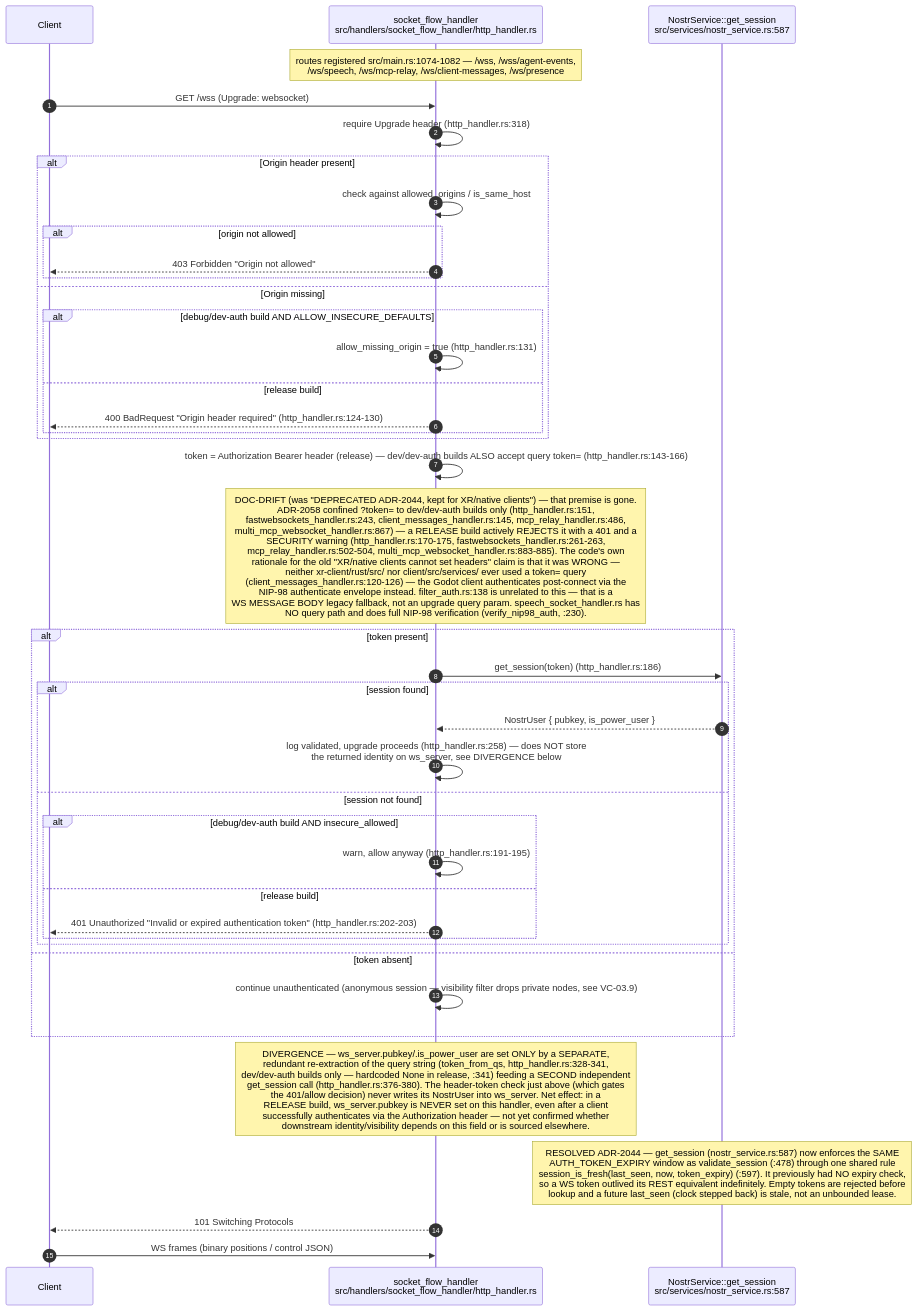
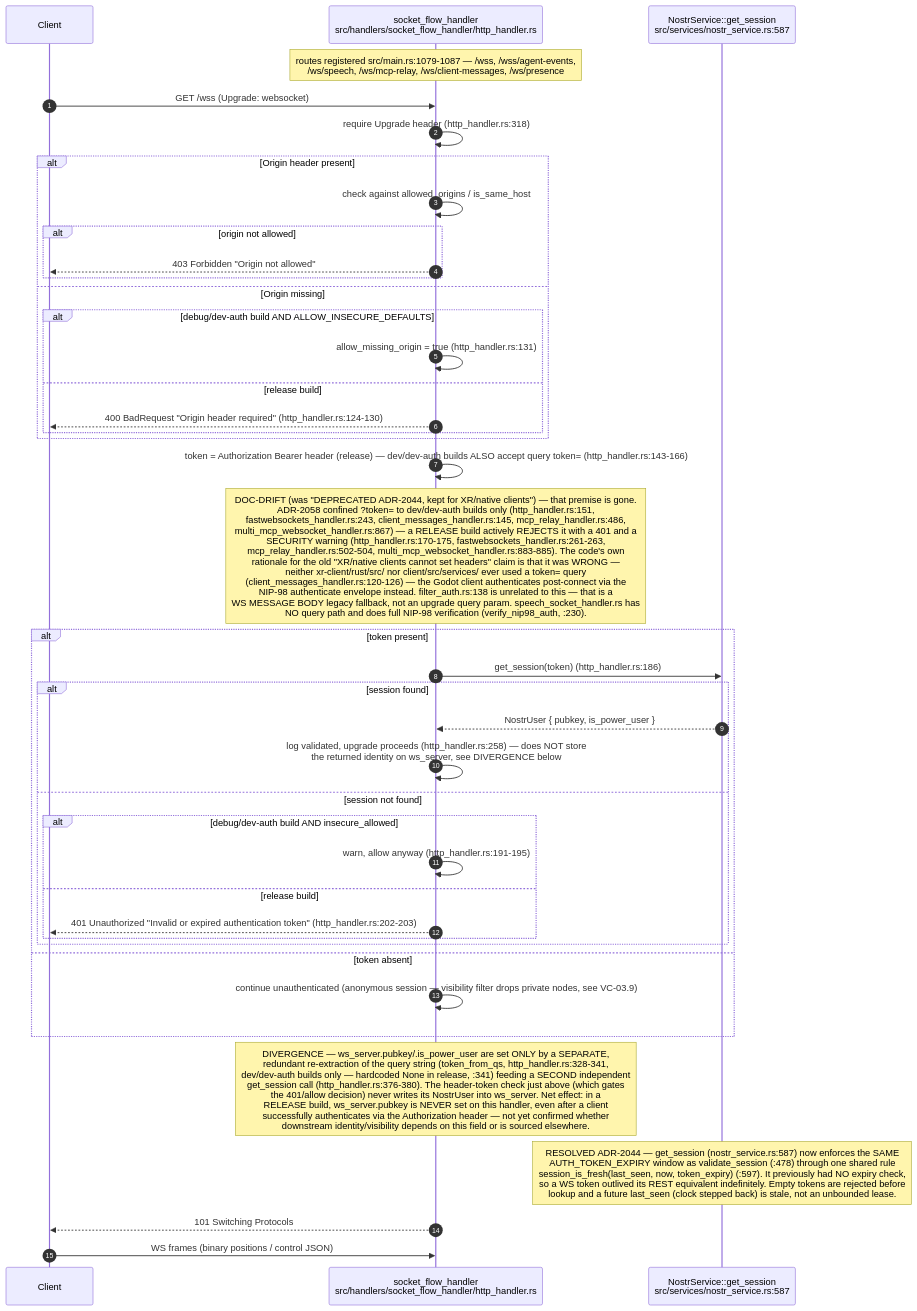
Before and after one commit to DreamLab-AI/VisionFlow: the second of 14 diagrams in docs/diagrams/visionclaw/03-request-lifecycle-and-rbac.md, drawn with Mermaid. The commit also changed other lines of this file and 136 other files, not shown here.

First line of the commit message:
docs(diagrams): refresh the whole corpus to code HEAD and prune low-value diagrams

````diff
--- a/docs/diagrams/visionclaw/03-request-lifecycle-and-rbac.md
+++ b/docs/diagrams/visionclaw/03-request-lifecycle-and-rbac.md
@@ -89,44 +92,44 @@
 ```mermaid
 sequenceDiagram
     autonumber
     participant C as Client
     participant WS as socket_flow_handler<br/>src/handlers/socket_flow_handler/http_handler.rs
     participant NS as NostrService::get_session<br/>src/services/nostr_service.rs:587
 
-    Note over WS: routes registered src/main.rs:1074-1082 — /wss, /wss/agent-events,<br/>/ws/speech, /ws/mcp-relay, /ws/client-messages, /ws/presence
+    Note over WS: routes registered src/main.rs:1079-1087 — /wss, /wss/agent-events,<br/>/ws/speech, /ws/mcp-relay, /ws/client-messages, /ws/presence
     C->>WS: GET /wss (Upgrade: websocket)
     WS->>WS: require Upgrade header (http_handler.rs:318)
     alt Origin header present
         WS->>WS: check against allowed_origins / is_same_host
         alt origin not allowed
             WS-->>C: 403 Forbidden "Origin not allowed"
         end
     else Origin missing
         alt debug/dev-auth build AND ALLOW_INSECURE_DEFAULTS
             WS->>WS: allow_missing_origin = true (http_handler.rs:131)
         else release build
             WS-->>C: 400 BadRequest "Origin header required" (http_handler.rs:124-130)
         end
     end
     WS->>WS: token = Authorization Bearer header (release) — dev/dev-auth builds ALSO accept query token= (http_handler.rs:143-166)
     Note over WS: DOC-DRIFT (was "DEPRECATED ADR-2044, kept for XR/native clients") — that premise is gone.<br/>ADR-2058 confined ?token= to dev/dev-auth builds only (http_handler.rs:151,<br/>fastwebsockets_handler.rs:243, client_messages_handler.rs:145, mcp_relay_handler.rs:486,<br/>multi_mcp_websocket_handler.rs:867) — a RELEASE build actively REJECTS it with a 401 and a<br/>SECURITY warning (http_handler.rs:170-175, fastwebsockets_handler.rs:261-263,<br/>mcp_relay_handler.rs:502-504, multi_mcp_websocket_handler.rs:883-885). The code's own<br/>rationale for the old "XR/native clients cannot set headers" claim is that it was WRONG —<br/>neither xr-client/rust/src/ nor client/src/services/ ever used a token= query<br/>(client_messages_handler.rs:120-126) — the Godot client authenticates post-connect via the<br/>NIP-98 authenticate envelope instead. filter_auth.rs:138 is unrelated to this — that is a<br/>WS MESSAGE BODY legacy fallback, not an upgrade query param. speech_socket_handler.rs has<br/>NO query path and does full NIP-98 verification (verify_nip98_auth, :230).
     alt token present
         WS->>NS: get_session(token) (http_handler.rs:186)
         alt session found
             NS-->>WS: NostrUser { pubkey, is_power_user }
             WS->>WS: log validated, upgrade proceeds (http_handler.rs:258) — does NOT store<br/>the returned identity on ws_server, see DIVERGENCE below
         else session not found
             alt debug/dev-auth build AND insecure_allowed
                 WS->>WS: warn, allow anyway (http_handler.rs:191-195)
             else release build
                 WS-->>C: 401 Unauthorized "Invalid or expired authentication token" (http_handler.rs:202-203)
             end
         end
     else token absent
         WS->>WS: continue unauthenticated (anonymous session — visibility filter drops private nodes, see VC-03.9)
     end
     Note over WS: DIVERGENCE — ws_server.pubkey/.is_power_user are set ONLY by a SEPARATE,<br/>redundant re-extraction of the query string (token_from_qs, http_handler.rs:328-341,<br/>dev/dev-auth builds only — hardcoded None in release, :341) feeding a SECOND independent<br/>get_session call (http_handler.rs:376-380). The header-token check just above (which gates<br/>the 401/allow decision) never writes its NostrUser into ws_server. Net effect: in a<br/>RELEASE build, ws_server.pubkey is NEVER set on this handler, even after a client<br/>successfully authenticates via the Authorization header — not yet confirmed whether<br/>downstream identity/visibility depends on this field or is sourced elsewhere.
     Note over NS: RESOLVED ADR-2044 — get_session (nostr_service.rs:587) now enforces the SAME<br/>AUTH_TOKEN_EXPIRY window as validate_session (:478) through one shared rule<br/>session_is_fresh(last_seen, now, token_expiry) (:597). It previously had NO expiry check,<br/>so a WS token outlived its REST equivalent indefinitely. Empty tokens are rejected before<br/>lookup and a future last_seen (clock stepped back) is stale, not an unbounded lease.
     WS-->>C: 101 Switching Protocols
     C->>WS: WS frames (binary positions / control JSON)
 ```
````
